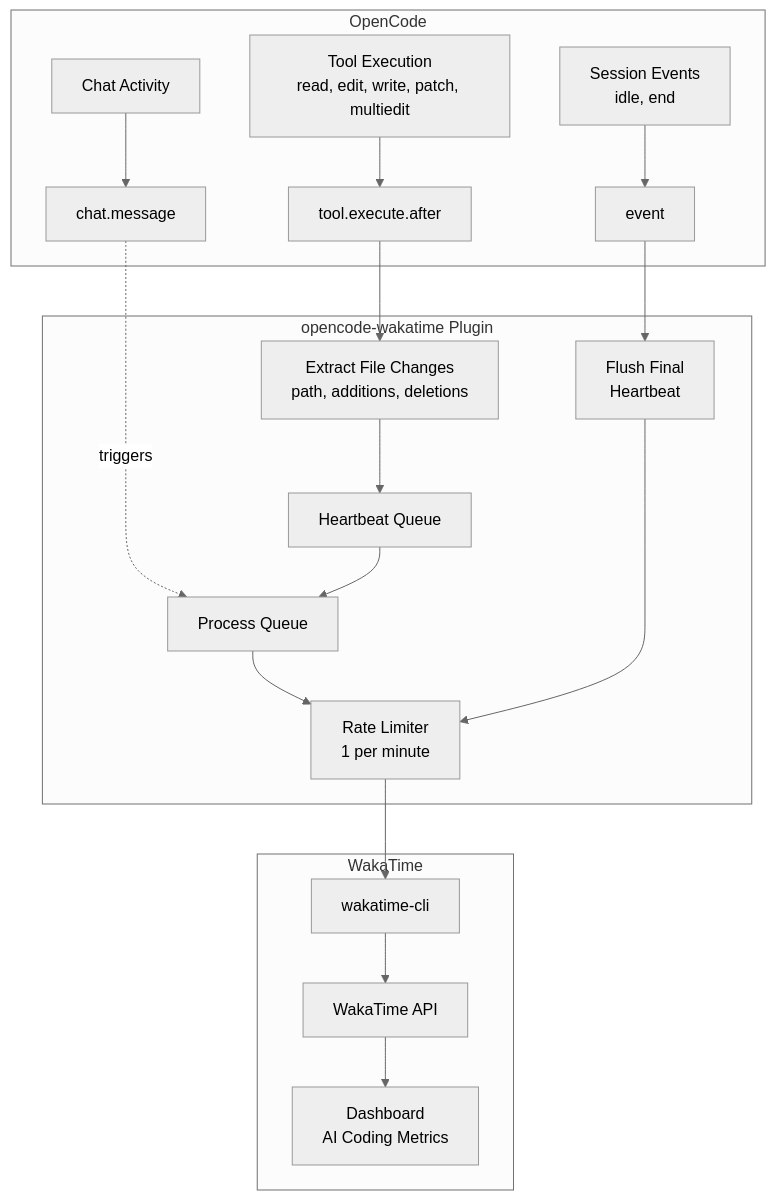
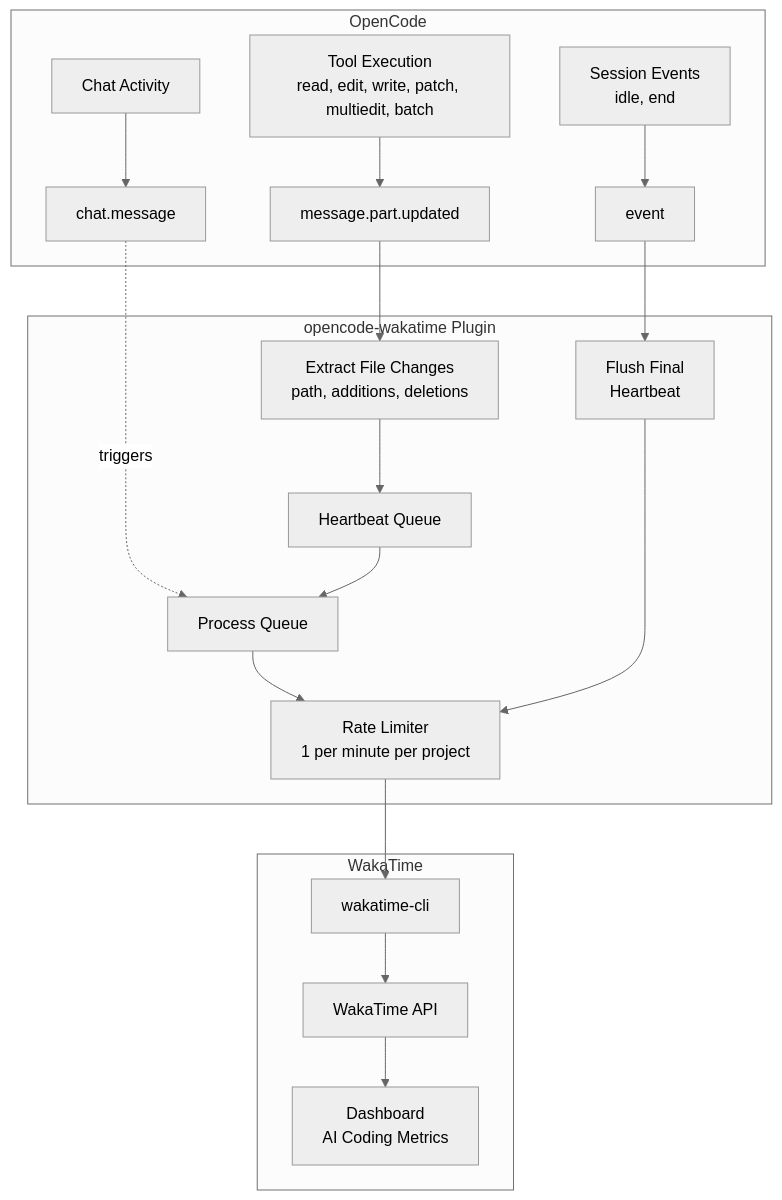
Before and after one commit to angristan/opencode-wakatime: the diagram in README.md, drawn with Mermaid (neutral theme). The commit also changed other lines of this file, not shown here.

````diff
--- a/README.md
+++ b/README.md
@@ -77,27 +78,27 @@
 ```mermaid
 flowchart TB
     subgraph OpenCode["OpenCode"]
-        A[Tool Execution<br/>read, edit, write, patch, multiedit] --> H1[tool.execute.after]
+        A[Tool Execution<br/>read, edit, write, patch, multiedit, batch] --> H1[message.part.updated]
         B[Chat Activity] --> H2[chat.message]
         C[Session Events<br/>idle, end] --> H3[event]
     end
 
     subgraph Plugin["opencode-wakatime Plugin"]
         H1 --> P1[Extract File Changes<br/>path, additions, deletions]
         P1 --> Q[Heartbeat Queue]
 
         H2 -.->|triggers| P2[Process Queue]
         Q --> P2
-        P2 --> R[Rate Limiter<br/>1 per minute]
+        P2 --> R[Rate Limiter<br/>1 per minute per project]
 
         H3 --> P3[Flush Final<br/>Heartbeat]
         P3 --> R
     end
 
     subgraph WakaTime["WakaTime"]
         R --> CLI[wakatime-cli]
         CLI --> API[WakaTime API]
         API --> D[Dashboard<br/>AI Coding Metrics]
     end
 
 ```
````
